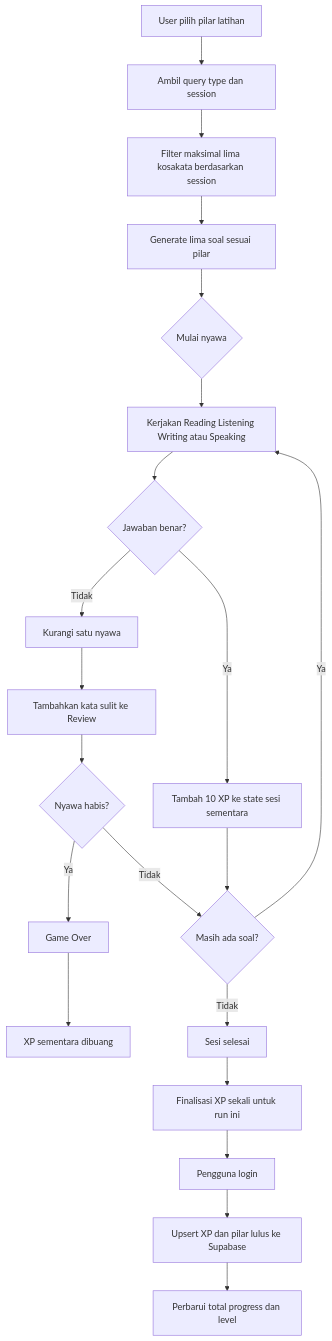
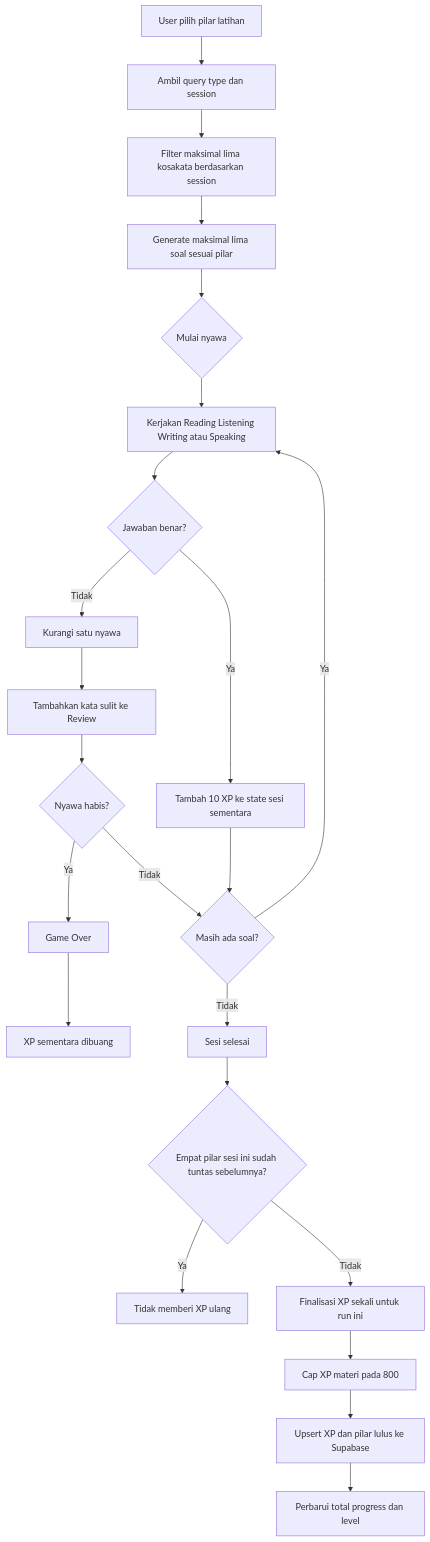
Before and after one commit to nandayudhistirawibowo/NdUniverse: the fifth of 19 diagrams in FLOWCHART.md, drawn with Mermaid. The commit also changed other lines of this file and 12 other files, not shown here.

````diff
--- a/FLOWCHART.md
+++ b/FLOWCHART.md
@@ -72,23 +72,25 @@
 ```mermaid
 flowchart TD
     A[User pilih pilar latihan] --> B[Ambil query type dan session]
     B --> C[Filter maksimal lima kosakata berdasarkan session]
-    C --> D[Generate lima soal sesuai pilar]
+    C --> D[Generate maksimal lima soal sesuai pilar]
     D --> E{Mulai nyawa}
     E --> F[Kerjakan Reading Listening Writing atau Speaking]
     F --> G{Jawaban benar?}
     G -->|Ya| H[Tambah 10 XP ke state sesi sementara]
     G -->|Tidak| I[Kurangi satu nyawa]
     I --> J[Tambahkan kata sulit ke Review]
     J --> K{Nyawa habis?}
     K -->|Ya| L[Game Over]
     L --> M[XP sementara dibuang]
     K -->|Tidak| N{Masih ada soal?}
     H --> N
     N -->|Ya| F
     N -->|Tidak| O[Sesi selesai]
-    O --> P[Finalisasi XP sekali untuk run ini]
-    P --> Q[Pengguna login]
-    Q --> R[Upsert XP dan pilar lulus ke Supabase]
-    R --> T[Perbarui total progress dan level]
+    O --> P{Empat pilar sesi ini sudah tuntas sebelumnya?}
+    P -->|Ya| Q[Tidak memberi XP ulang]
+    P -->|Tidak| R[Finalisasi XP sekali untuk run ini]
+    R --> S[Cap XP materi pada 800]
+    S --> T[Upsert XP dan pilar lulus ke Supabase]
+    T --> U[Perbarui total progress dan level]
 ```
````
